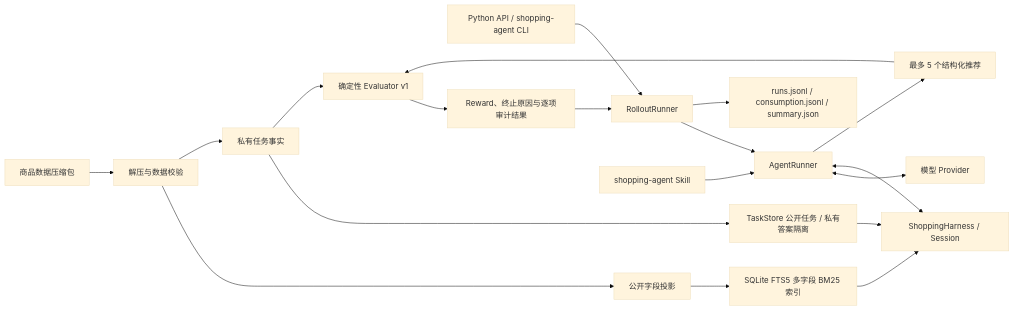
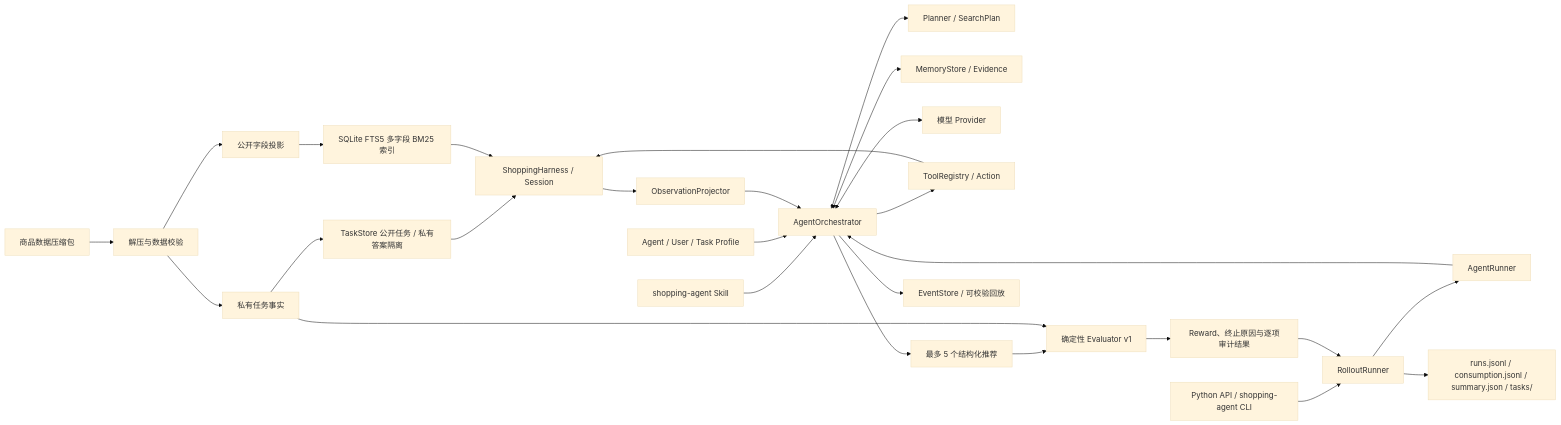
Before and after one commit to Nonomi-Xu/Shopping-Simulator-Harness: the diagram in README.md, drawn with Mermaid (base theme). The commit also changed other lines of this file and 96 other files, not shown here.

````diff
--- a/README.md
+++ b/README.md
@@ -35,21 +74,29 @@
 ```mermaid
 flowchart LR
     A[商品数据压缩包] --> B[解压与数据校验]
     B --> C[公开字段投影]
     B --> D[私有任务事实]
     C --> E[SQLite FTS5 多字段 BM25 索引]
     D --> F["TaskStore 公开任务 / 私有答案隔离"]
     N["Python API / shopping-agent CLI"] --> O[RolloutRunner]
     O --> G[AgentRunner]
-    M[shopping-agent Skill] --> G
-    G <--> I[模型 Provider]
+    G --> R[AgentOrchestrator]
+    M[shopping-agent Skill] --> R
+    Q[Agent / User / Task Profile] --> R
+    R <--> S[Planner / SearchPlan]
+    R <--> W[MemoryStore / Evidence]
+    R <--> I[模型 Provider]
     F --> H["ShoppingHarness / Session"]
-    G <--> H
+    R --> T[ToolRegistry / Action]
+    T --> H
+    H --> V[ObservationProjector]
+    V --> R
     E --> H
-    G --> J[最多 5 个结构化推荐]
+    R --> J[最多 5 个结构化推荐]
     J --> K[确定性 Evaluator v1]
     D --> K
     K --> L[Reward、终止原因与逐项审计结果]
     L --> O
-    O --> P["runs.jsonl / consumption.jsonl / summary.json"]
+    R --> U[EventStore / 可校验回放]
+    O --> P["runs.jsonl / consumption.jsonl / summary.json / tasks/"]
 ```
````
